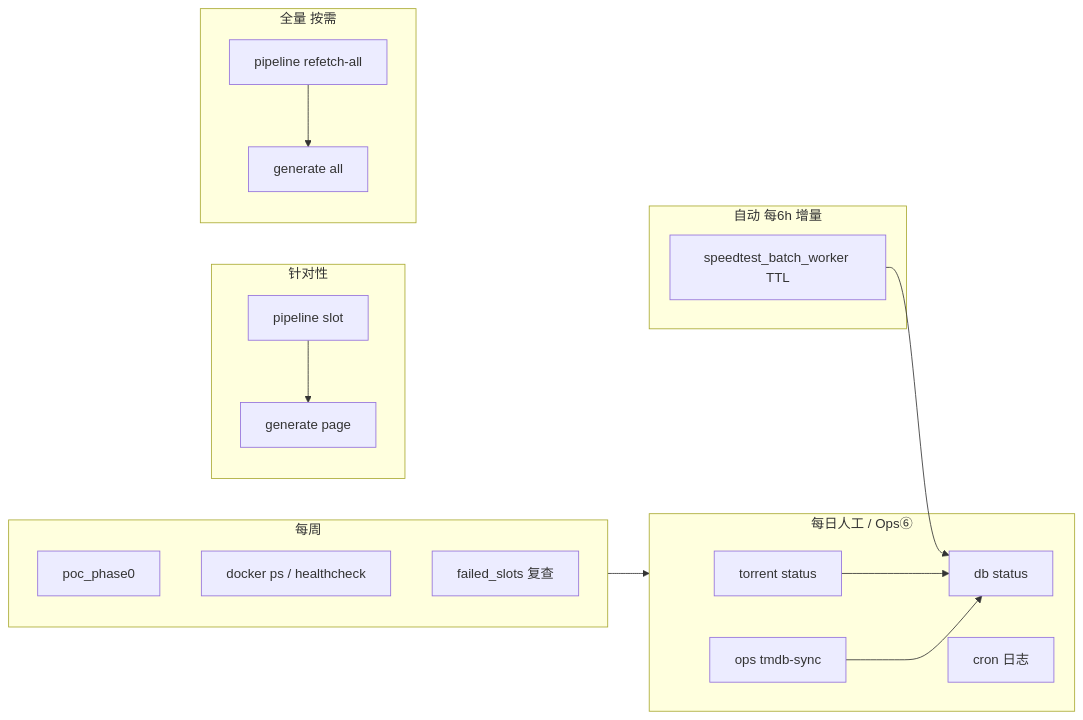
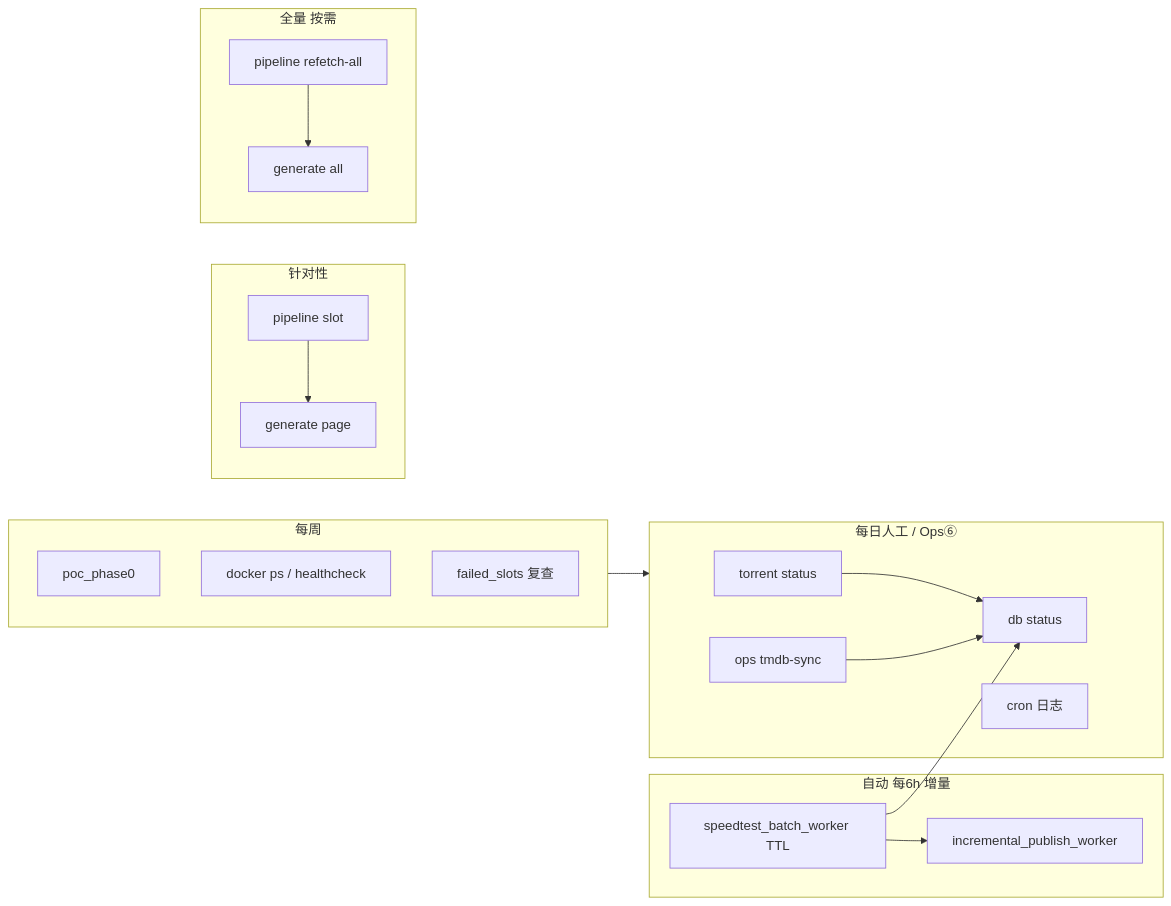
Before and after one commit to matthewxu/releasematch: the third of 4 diagrams in releasematch/docs/12-日常运营执行手册.md, drawn with Mermaid. The commit also changed other lines of this file and 12 other files, not shown here.

````diff
--- a/releasematch/docs/12-日常运营执行手册.md
+++ b/releasematch/docs/12-日常运营执行手册.md
@@ -500,31 +508,33 @@
 ```mermaid
 flowchart LR
     subgraph auto [自动 每6h 增量]
         CRON[speedtest_batch_worker TTL]
+        PUB[incremental_publish_worker]
+        CRON --> PUB
     end
     subgraph daily [每日人工 / Ops⑥]
         ST[torrent status]
         DB[db status]
         TMDB[ops tmdb-sync]
         LOG[cron 日志]
     end
     subgraph weekly [每周]
         POC[poc_phase0]
         VPS[docker ps / healthcheck]
         FAIL[failed_slots 复查]
     end
     subgraph targeted [针对性]
         SLOT[pipeline slot]
         PAGE[generate page]
     end
     subgraph full [全量 按需]
         REF[pipeline refetch-all]
         ALL[generate all]
     end
     CRON --> DB
     ST --> DB
     TMDB --> DB
     weekly --> daily
     SLOT --> PAGE
     REF --> ALL
 ```
````
